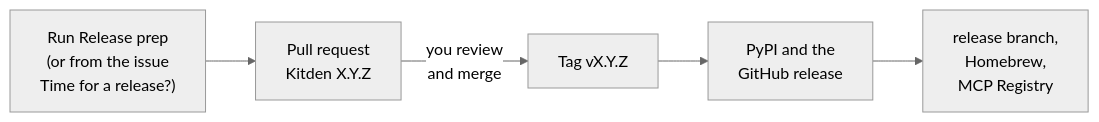
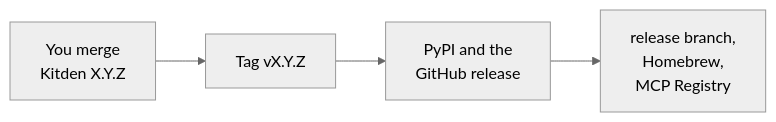
Before and after one commit to KonstantinStarovoytov/kitden-sdlc: the diagram in README.md, drawn with Mermaid (neutral theme). The commit also changed other lines of this file, not shown here.

Commit message:
Say plainly that a release needs no issue: one button, one merge

````diff
--- a/README.md
+++ b/README.md
@@ -40,7 +49,6 @@
 ```mermaid
 flowchart LR
-    A["Run Release prep<br/>(or from the issue<br/>Time for a release?)"] --> B["Pull request<br/>Kitden X.Y.Z"]
-    B -->|"you review<br/>and merge"| C["Tag vX.Y.Z"]
-    C --> D["PyPI and the<br/>GitHub release"]
-    D --> E["release branch,<br/>Homebrew,<br/>MCP Registry"]
+    A["You merge<br/>Kitden X.Y.Z"] --> B["Tag vX.Y.Z"]
+    B --> C["PyPI and the<br/>GitHub release"]
+    C --> D["release branch,<br/>Homebrew,<br/>MCP Registry"]
 ```
````
